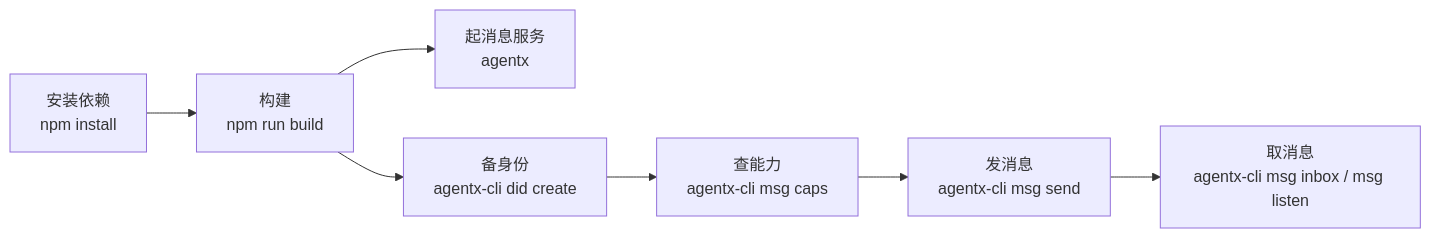
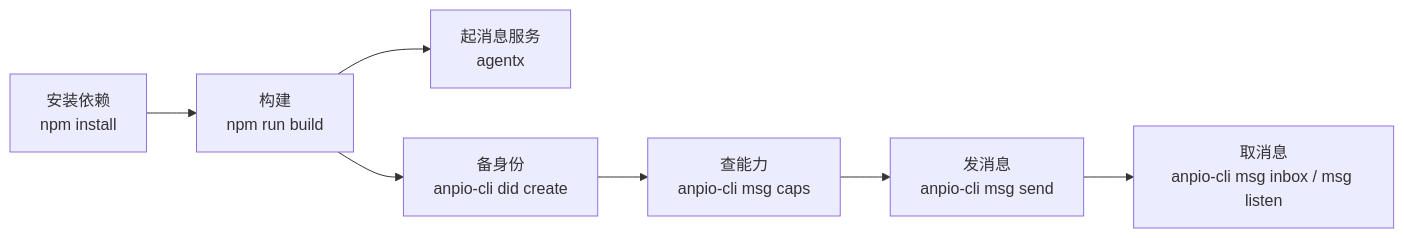
One commit to eccstartup/anpio-cli changed the diagram in vercel/guide/quickstart.md. Above: the diagram before and after it, drawn with Mermaid. The commit also changed other lines of this file and 100 other files, not shown here.

First line of the commit message:
feat(cli): the client is anpio-cli, and it can adopt an anpio-key DID

````diff
--- a/vercel/guide/quickstart.md
+++ b/vercel/guide/quickstart.md
@@ -11,9 +11,9 @@
 ```mermaid
 flowchart LR
   A["安装依赖<br/>npm install"] --> B["构建<br/>npm run build"]
   B --> C["起消息服务<br/>agentx"]
-  B --> D["备身份<br/>agentx-cli did create"]
-  D --> E["查能力<br/>agentx-cli msg caps"]
-  E --> F["发消息<br/>agentx-cli msg send"]
-  F --> G["取消息<br/>agentx-cli msg inbox / msg listen"]
+  B --> D["备身份<br/>anpio-cli did create"]
+  D --> E["查能力<br/>anpio-cli msg caps"]
+  E --> F["发消息<br/>anpio-cli msg send"]
+  F --> G["取消息<br/>anpio-cli msg inbox / msg listen"]
 ```
````
